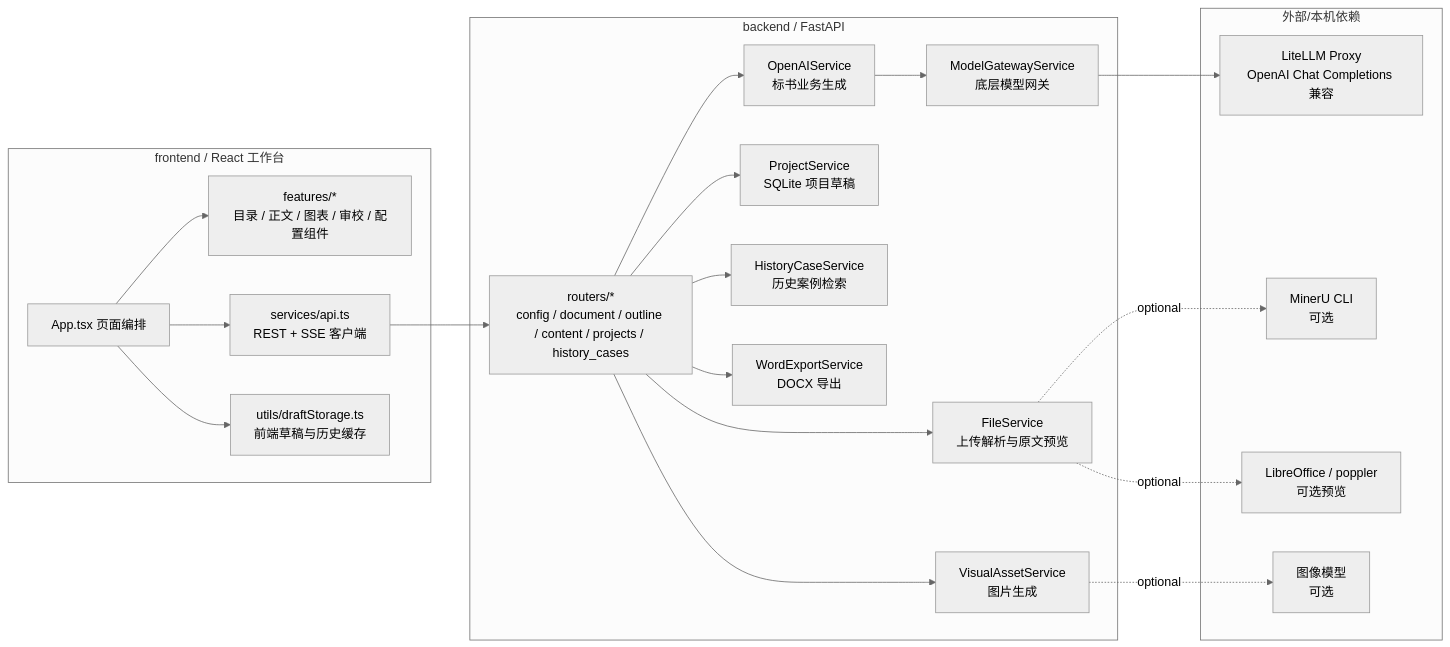
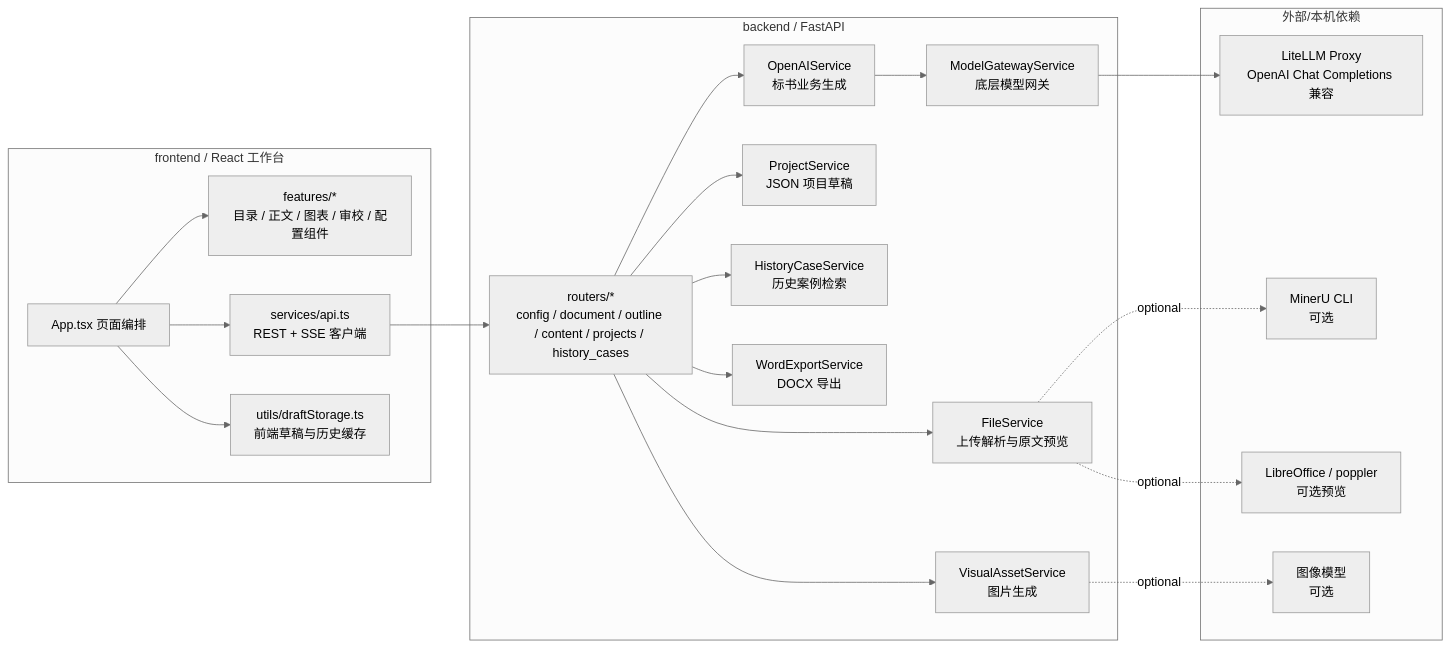
One commit to 96syh/biaoshu changed the second of 4 diagrams in docs/architecture.md. Above: the diagram before and after it, drawn with Mermaid (neutral theme). The commit also changed other lines of this file and 68 other files, not shown here.

````diff
--- a/docs/architecture.md
+++ b/docs/architecture.md
@@ -36,43 +36,43 @@
 ```mermaid
 flowchart LR
   subgraph Frontend["frontend / React 工作台"]
     UI["App.tsx 页面编排"]
     Features["features/*<br/>目录 / 正文 / 图表 / 审校 / 配置组件"]
     API["services/api.ts<br/>REST + SSE 客户端"]
     Draft["utils/draftStorage.ts<br/>前端草稿与历史缓存"]
   end
 
   subgraph Backend["backend / FastAPI"]
     Routers["routers/*<br/>config / document / outline / content / projects / history_cases"]
     File["FileService<br/>上传解析与原文预览"]
     Gateway["ModelGatewayService<br/>底层模型网关"]
     Biz["OpenAIService<br/>标书业务生成"]
-    Project["ProjectService<br/>SQLite 项目草稿"]
+    Project["ProjectService<br/>JSON 项目草稿"]
     History["HistoryCaseService<br/>历史案例检索"]
     Visual["VisualAssetService<br/>图片生成"]
     Export["WordExportService<br/>DOCX 导出"]
   end
 
   subgraph External["外部/本机依赖"]
     LiteLLM["LiteLLM Proxy<br/>OpenAI Chat Completions 兼容"]
     MinerU["MinerU CLI<br/>可选"]
     Office["LibreOffice / poppler<br/>可选预览"]
     ImageModel["图像模型<br/>可选"]
   end
 
   UI --> Features
   UI --> API
   UI --> Draft
   API --> Routers
   Routers --> File
   Routers --> Biz
   Routers --> Project
   Routers --> History
   Routers --> Visual
   Routers --> Export
   Biz --> Gateway
   Gateway --> LiteLLM
   File -. optional .-> MinerU
   File -. optional .-> Office
   Visual -. optional .-> ImageModel
 ```
````
